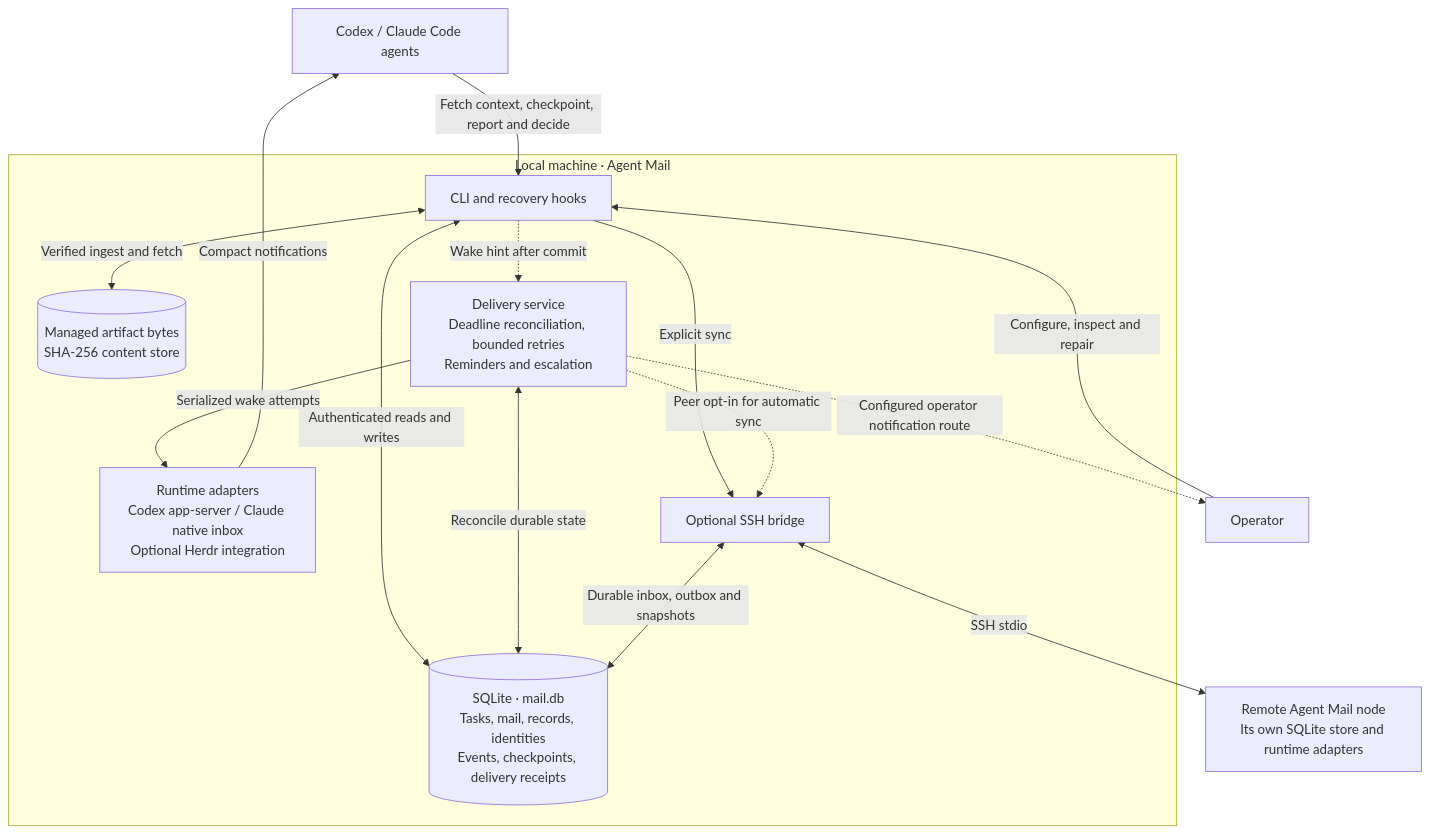
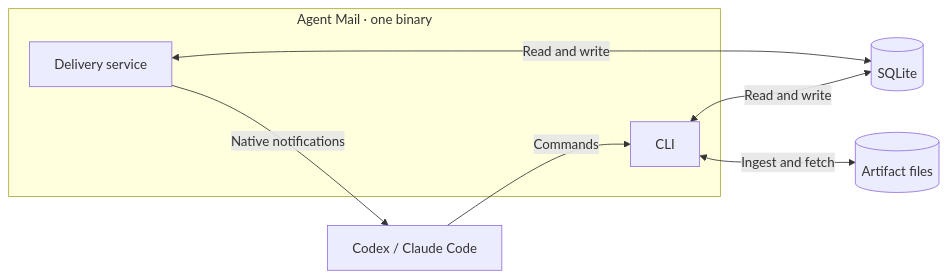
One commit to youssef-tharwat/agent-mail changed the second of 2 diagrams in README.md. Above: the diagram before and after it, drawn with Mermaid. The commit also changed other lines of this file, not shown here.

````diff
--- a/README.md
+++ b/README.md
@@ -17,29 +107,18 @@
 ```mermaid
-flowchart TB
-    Agents["Codex / Claude Code agents"]
-    Operator["Operator"]
+flowchart LR
+    Agents["Codex / Claude Code"]
 
-    subgraph Local["Local machine · Agent Mail"]
-        CLI["CLI and recovery hooks"]
-        DB[("SQLite · mail.db<br/>Tasks, mail, records, identities<br/>Events, checkpoints, delivery receipts")]
-        Objects[("Managed artifact bytes<br/>SHA-256 content store")]
-        Service["Delivery service<br/>Deadline reconciliation, bounded retries<br/>Reminders and escalation"]
-        Adapters["Runtime adapters<br/>Codex app-server / Claude native inbox<br/>Optional Herdr integration"]
-        Relay["Optional SSH bridge"]
-
-        CLI <-->|"Authenticated reads and writes"| DB
-        CLI <-->|"Verified ingest and fetch"| Objects
-        CLI -.->|"Wake hint after commit"| Service
-        Service <-->|"Reconcile durable state"| DB
-        Service -->|"Serialized wake attempts"| Adapters
-        CLI -->|"Explicit sync"| Relay
-        Service -.->|"Peer opt-in for automatic sync"| Relay
-        Relay <-->|"Durable inbox, outbox and snapshots"| DB
+    subgraph Mail["Agent Mail · one binary"]
+        CLI["CLI"]
+        Service["Delivery service"]
     end
 
-    Agents -->|"Fetch context, checkpoint, report and decide"| CLI
-    Operator -->|"Configure, inspect and repair"| CLI
-    Adapters -->|"Compact notifications"| Agents
-    Service -.->|"Configured operator notification route"| Operator
-    Relay <-->|"SSH stdio"| Peer["Remote Agent Mail node<br/>Its own SQLite store and runtime adapters"]
+    DB[("SQLite")]
+    Files[("Artifact files")]
+
+    Agents -->|"Commands"| CLI
+    CLI <-->|"Read and write"| DB
+    CLI <-->|"Ingest and fetch"| Files
+    Service <-->|"Read and write"| DB
+    Service -->|"Native notifications"| Agents
 ```
````
